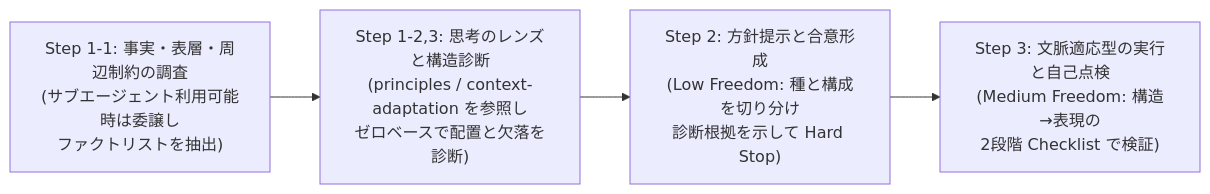
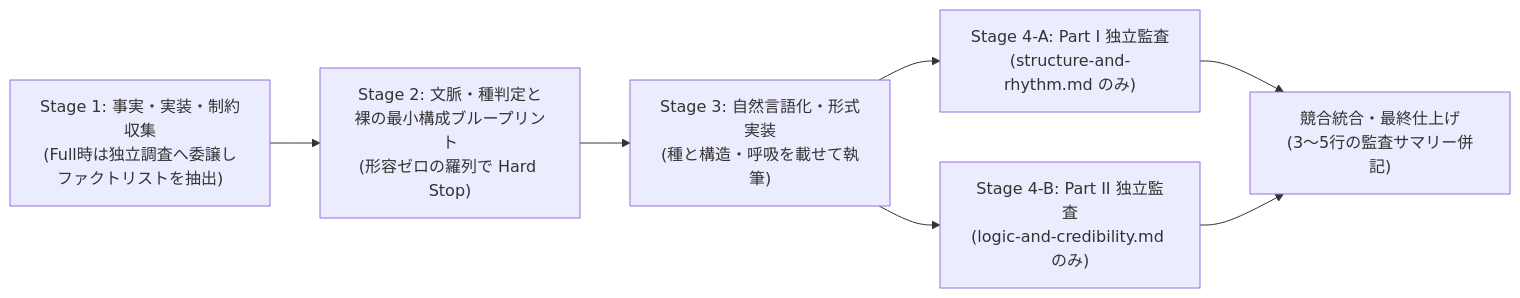
Before and after one commit to DovahkiinYuzuko/explorations-in-documentation: the diagram in ARCHITECTURE.md, drawn with Mermaid. The commit also changed other lines of this file and 5 other files, not shown here.

````diff
--- a/ARCHITECTURE.md
+++ b/ARCHITECTURE.md
@@ -89,8 +95,13 @@
 ```mermaid
 flowchart LR
-    S1A["Step 1-1: 事実・表層・周辺制約の調査<br>(サブエージェント利用可能時は委譲し<br>ファクトリストを抽出)"]
-    S1B["Step 1-2,3: 思考のレンズと構造診断<br>(principles / context-adaptation を参照し<br>ゼロベースで配置と欠落を診断)"]
-    S2["Step 2: 方針提示と合意形成<br>(Low Freedom: 種と構成を切り分け<br>診断根拠を示して Hard Stop)"]
-    S3["Step 3: 文脈適応型の実行と自己点検<br>(Medium Freedom: 構造→表現の<br>2段階 Checklist で検証)"]
-    S1A --> S1B --> S2 --> S3
+    S1["Stage 1: 事実・実装・制約収集<br>(Full時は独立調査へ委譲し<br>ファクトリストを抽出)"]
+    S2["Stage 2: 文脈・種判定と<br>裸の最小構成ブループリント<br>(形容ゼロの羅列で Hard Stop)"]
+    S3["Stage 3: 自然言語化・形式実装<br>(種と構造・呼吸を載せて執筆)"]
+    S4A["Stage 4-A: Part I 独立監査<br>(structure-and-rhythm.md のみ)"]
+    S4B["Stage 4-B: Part II 独立監査<br>(logic-and-credibility.md のみ)"]
+    S4M["競合統合・最終仕上げ<br>(3〜5行の監査サマリー併記)"]
+
+    S1 --> S2 --> S3
+    S3 --> S4A --> S4M
+    S3 --> S4B --> S4M
 ```
````
